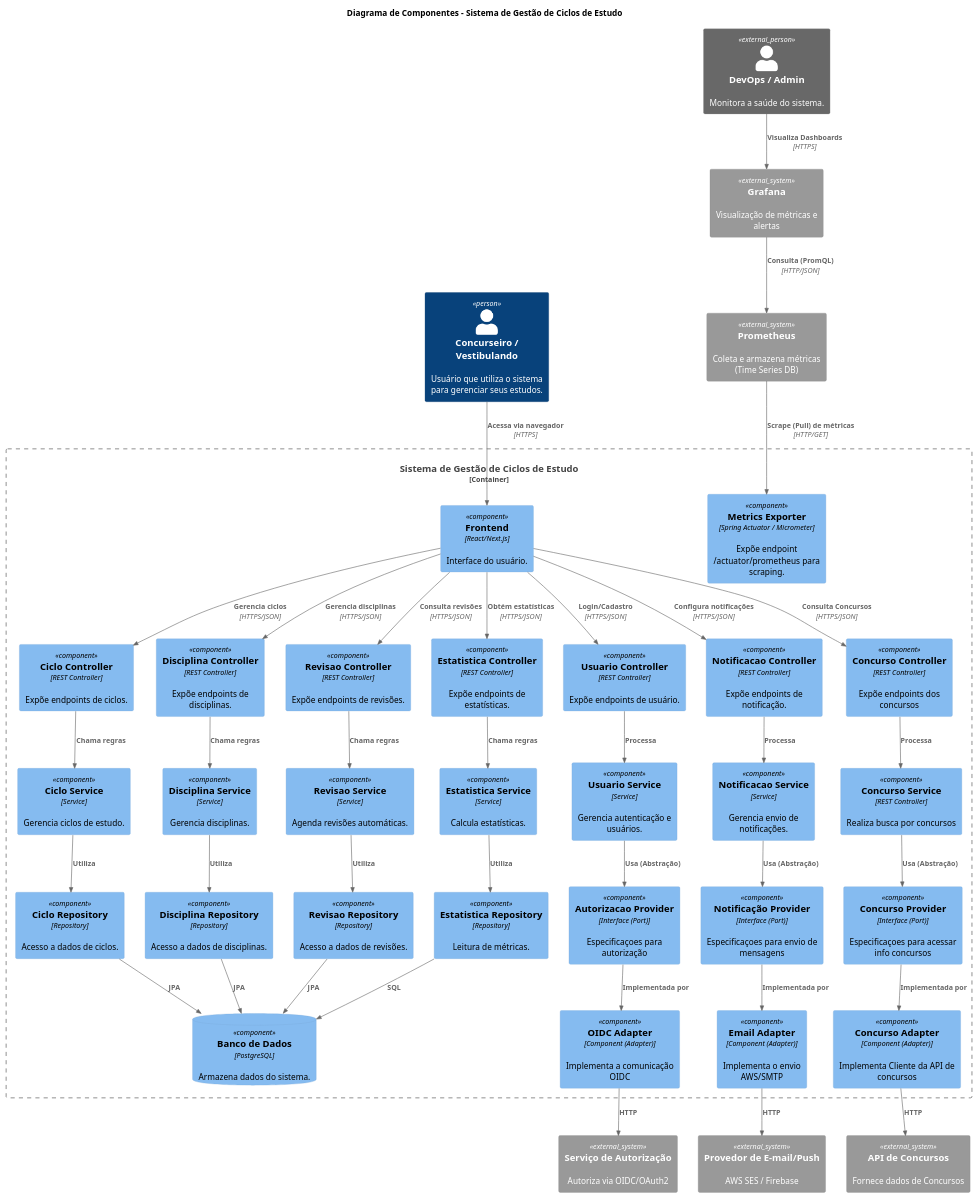
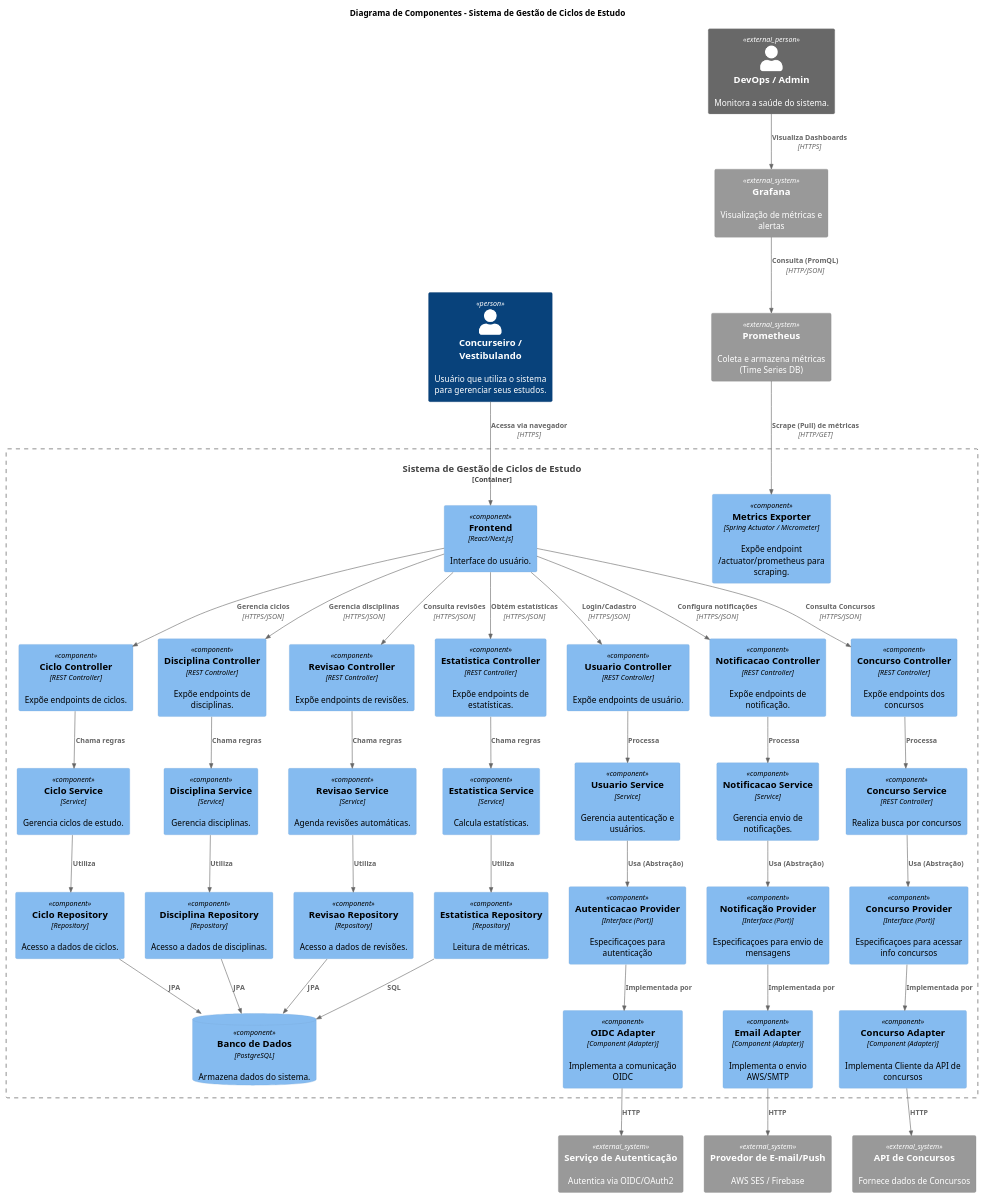
One commit to MarcosVSO/projeto_design_de_software changed the diagram in 4-Diagrama de Componentes/diagrama_componentes.puml. Above: the diagram before and after it, drawn with PlantUML. The commit also changed 3 other files, not shown here.

Commit message:
docs: adição dos diagramas nos arquivos md e mudança do provider de autorização para autenticação

```diff
--- a/4-Diagrama de Componentes/diagrama_componentes.puml
+++ b/4-Diagrama de Componentes/diagrama_componentes.puml
@@ -1,101 +1,101 @@
 @startuml
 !include https://raw.githubusercontent.com/plantuml-stdlib/C4-PlantUML/master/C4_Component.puml
 
 title Diagrama de Componentes - Sistema de Gestão de Ciclos de Estudo
 
 Person(user, "Concurseiro / Vestibulando", "Usuário que utiliza o sistema para gerenciar seus estudos.")
 Person_Ext(admin, "DevOps / Admin", "Monitora a saúde do sistema.")
 
-System_Ext(authSystem, "Serviço de Autorização", "Autoriza via OIDC/OAuth2")
+System_Ext(authSystem, "Serviço de Autenticação", "Autentica via OIDC/OAuth2")
 System_Ext(emailSystem, "Provedor de E-mail/Push", "AWS SES / Firebase")
 System_Ext(concursosApi, "API de Concursos", "Fornece dados de Concursos")
 
 System_Ext(prometheus, "Prometheus",  "Coleta e armazena métricas (Time Series DB)")
 System_Ext(grafana, "Grafana", "Visualização de métricas e alertas")
 
 Container_Boundary(system, "Sistema de Gestão de Ciclos de Estudo") {
     
     Component(frontend, "Frontend", "React/Next.js", "Interface do usuário.")
     ComponentDb(db, "Banco de Dados", "PostgreSQL", "Armazena dados do sistema.")
 
     Component(cicloCtrl, "Ciclo Controller", "REST Controller", "Expõe endpoints de ciclos.")
     Component(cicloSvc, "Ciclo Service", "Service", "Gerencia ciclos de estudo.")
     Component(cicloRepo, "Ciclo Repository", "Repository", "Acesso a dados de ciclos.")
 
     Component(discCtrl, "Disciplina Controller", "REST Controller", "Expõe endpoints de disciplinas.")
     Component(discSvc, "Disciplina Service", "Service", "Gerencia disciplinas.")
     Component(discRepo, "Disciplina Repository", "Repository", "Acesso a dados de disciplinas.")
 
     Component(revCtrl, "Revisao Controller", "REST Controller", "Expõe endpoints de revisões.")
     Component(revSvc, "Revisao Service", "Service", "Agenda revisões automáticas.")
     Component(revRepo, "Revisao Repository", "Repository", "Acesso a dados de revisões.")
 
     Component(estCtrl, "Estatistica Controller", "REST Controller", "Expõe endpoints de estatísticas.")
     Component(estSvc, "Estatistica Service", "Service", "Calcula estatísticas.")
     Component(estRepo, "Estatistica Repository", "Repository", "Leitura de métricas.")
 
     Component(userCtrl, "Usuario Controller", "REST Controller", "Expõe endpoints de usuário.")
     Component(userSvc, "Usuario Service", "Service", "Gerencia autenticação e usuários.")
-    Component(autorizacaoProvider, "Autorizacao Provider", "Interface (Port)", "Especificaçoes para autorização")
+    Component(autenticacaoProvider, "Autenticacao Provider", "Interface (Port)", "Especificaçoes para autenticação")
     Component(oidcAdapter, "OIDC Adapter", "Component (Adapter)", "Implementa a comunicação OIDC")
 
     Component(notifCtrl, "Notificacao Controller", "REST Controller", "Expõe endpoints de notificação.")
     Component(notifSvc, "Notificacao Service", "Service", "Gerencia envio de notificações.")
     Component(notiProvider, "Notificação Provider", "Interface (Port)", "Especificaçoes para envio de mensagens")
     Component(emailAdapter, "Email Adapter", "Component (Adapter)", "Implementa o envio AWS/SMTP")
 
     Component(concursoCtrl, "Concurso Controller", "REST Controller", "Expõe endpoints dos concursos")
     Component(concursoSvc, "Concurso Service", "REST Controller", "Realiza busca por concursos")
     Component(concursoProvider, "Concurso Provider", "Interface (Port)", "Especificaçoes para acessar info concursos")
     Component(concursoAdapter, "Concurso Adapter", "Component (Adapter)", "Implementa Cliente da API de concursos")
 
     Component(metricsComp, "Metrics Exporter", "Spring Actuator / Micrometer", "Expõe endpoint /actuator/prometheus para scraping.")
 }
 
 Rel(user, frontend, "Acessa via navegador", "HTTPS")
 
 Rel(frontend, cicloCtrl, "Gerencia ciclos", "HTTPS/JSON")
 Rel(frontend, discCtrl, "Gerencia disciplinas", "HTTPS/JSON")
 Rel(frontend, revCtrl, "Consulta revisões", "HTTPS/JSON")
 Rel(frontend, estCtrl, "Obtém estatísticas", "HTTPS/JSON")
 Rel(frontend, userCtrl, "Login/Cadastro", "HTTPS/JSON")
 Rel(frontend, notifCtrl, "Configura notificações", "HTTPS/JSON")
 Rel(frontend, concursoCtrl, "Consulta Concursos", "HTTPS/JSON")
 
 Rel(cicloCtrl, cicloSvc, "Chama regras")
 Rel(cicloSvc, cicloRepo, "Utiliza")
 Rel(cicloRepo, db, "JPA")
 
 Rel(discCtrl, discSvc, "Chama regras")
 Rel(discSvc, discRepo, "Utiliza")
 Rel(discRepo, db, "JPA")
 
 Rel(revCtrl, revSvc, "Chama regras")
 Rel(revSvc, revRepo, "Utiliza")
 Rel(revRepo, db, "JPA")
 
 Rel(estCtrl, estSvc, "Chama regras")
 Rel(estSvc, estRepo, "Utiliza")
 Rel(estRepo, db, "SQL")
 
 Rel(userCtrl, userSvc, "Processa")
-Rel(userSvc, autorizacaoProvider, "Usa (Abstração)")
-Rel(autorizacaoProvider, oidcAdapter  , "Implementada por")
+Rel(userSvc, autenticacaoProvider, "Usa (Abstração)")
+Rel(autenticacaoProvider, oidcAdapter  , "Implementada por")
 Rel(oidcAdapter,  authSystem, "HTTP")
 
 Rel(notifCtrl, notifSvc, "Processa")
 Rel(notifSvc, notiProvider, "Usa (Abstração)")
 Rel(notiProvider, emailAdapter, "Implementada por")
 Rel(emailAdapter, emailSystem, "HTTP")
 
 
 Rel(concursoCtrl, concursoSvc, "Processa")
 Rel(concursoSvc, concursoProvider, "Usa (Abstração)")
 Rel(concursoProvider, concursoAdapter, "Implementada por")
 Rel(concursoAdapter, concursosApi, "HTTP")
 
 Rel(prometheus, metricsComp, "Scrape (Pull) de métricas", "HTTP/GET")
 Rel(grafana, prometheus, "Consulta (PromQL)", "HTTP/JSON")
 Rel(admin, grafana, "Visualiza Dashboards", "HTTPS")
 
 @enduml
```
